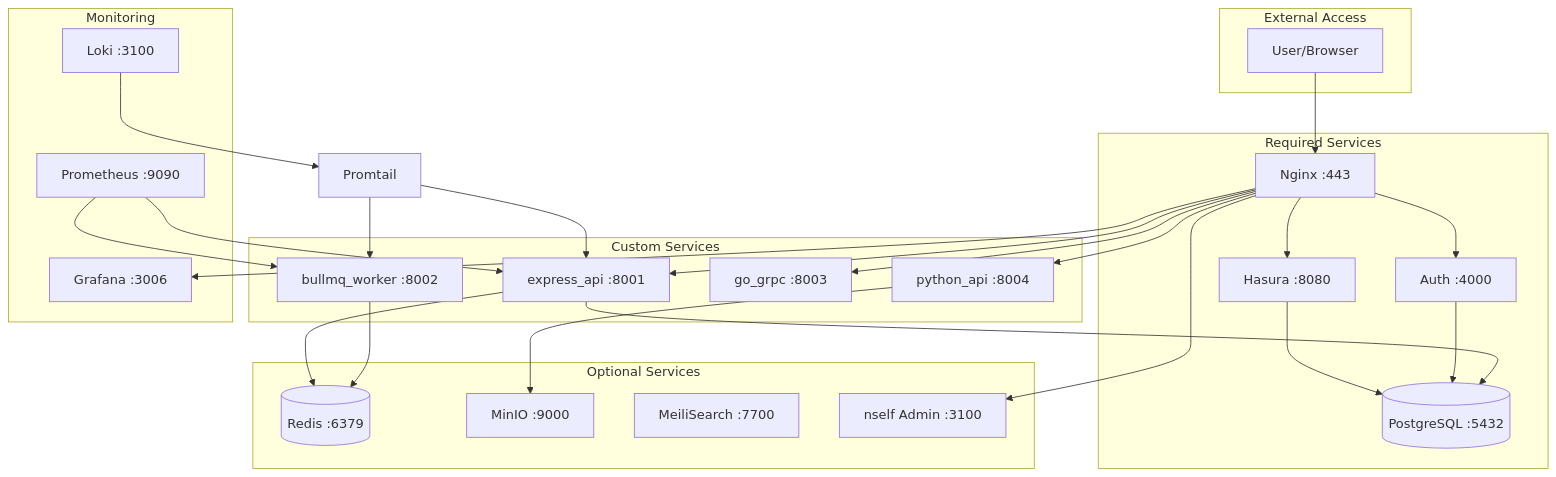
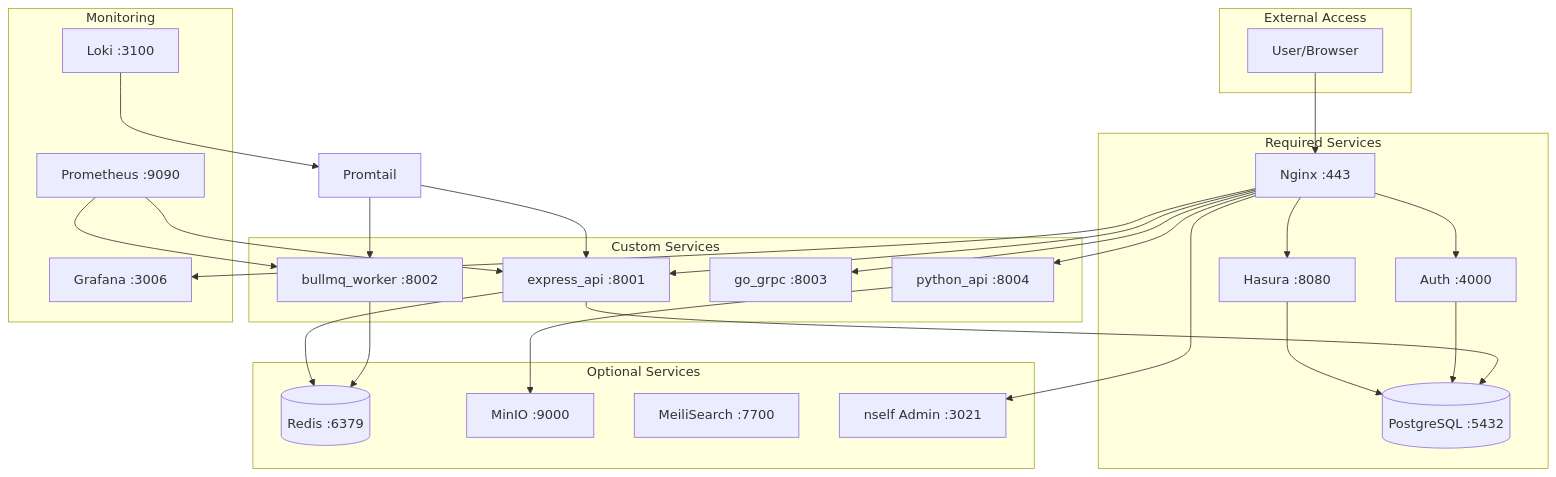
Before and after one commit to acamarata/nself: the diagram in docs/services/DEMO_SETUP.md, drawn with Mermaid. The commit also changed 82 other files, not shown here.

````diff
--- a/docs/services/DEMO_SETUP.md
+++ b/docs/services/DEMO_SETUP.md
@@ -181,55 +181,55 @@
 ```mermaid
 graph TB
     subgraph "External Access"
         User[User/Browser]
     end
 
     subgraph "Required Services"
         Nginx[Nginx :443]
         PostgreSQL[(PostgreSQL :5432)]
         Hasura[Hasura :8080]
         Auth[Auth :4000]
     end
 
     subgraph "Custom Services"
         API[express_api :8001]
         Worker[bullmq_worker :8002]
         GRPC[go_grpc :8003]
         ML[python_api :8004]
     end
 
     subgraph "Optional Services"
         Redis[(Redis :6379)]
         MinIO[MinIO :9000]
         Search[MeiliSearch :7700]
-        Admin[nself Admin :3100]
+        Admin[nself Admin :3021]
     end
 
     subgraph "Monitoring"
         Prometheus[Prometheus :9090]
         Grafana[Grafana :3006]
         Loki[Loki :3100]
     end
 
     User --> Nginx
     Nginx --> Hasura
     Nginx --> Auth
     Nginx --> API
     Nginx --> GRPC
     Nginx --> ML
     Nginx --> Admin
     Nginx --> Grafana
 
     Hasura --> PostgreSQL
     Auth --> PostgreSQL
     API --> PostgreSQL
     API --> Redis
     Worker --> Redis
     ML --> MinIO
 
     Prometheus --> API
     Prometheus --> Worker
     Loki --> Promtail[Promtail]
     Promtail --> API
     Promtail --> Worker
 ```
````
